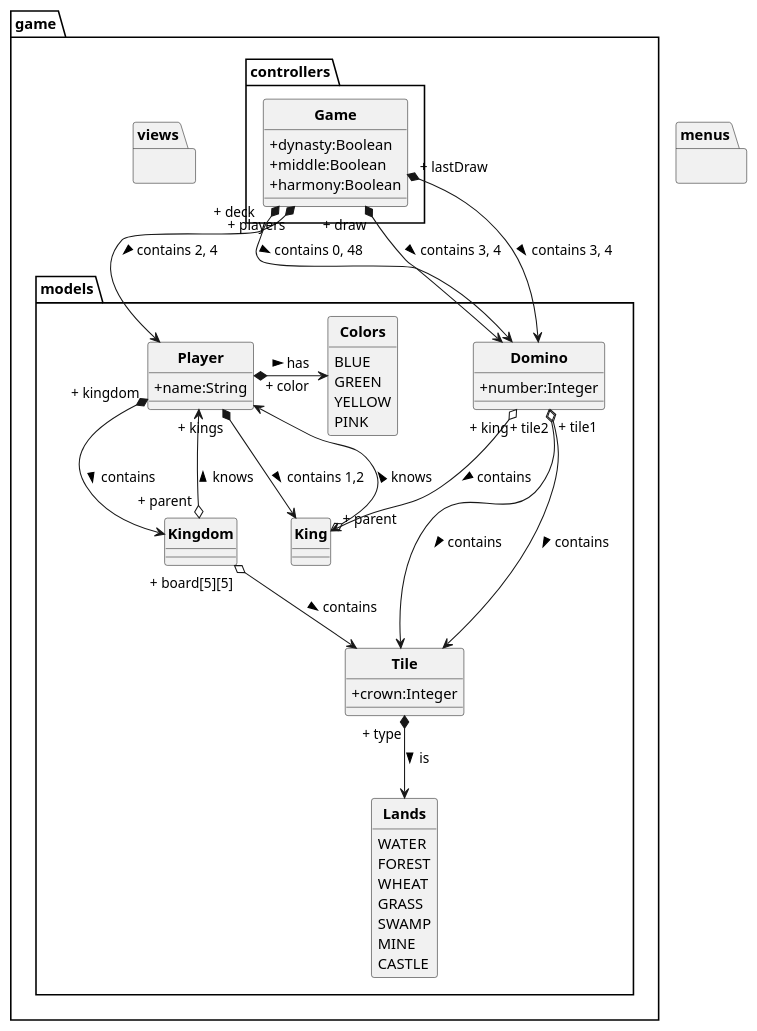
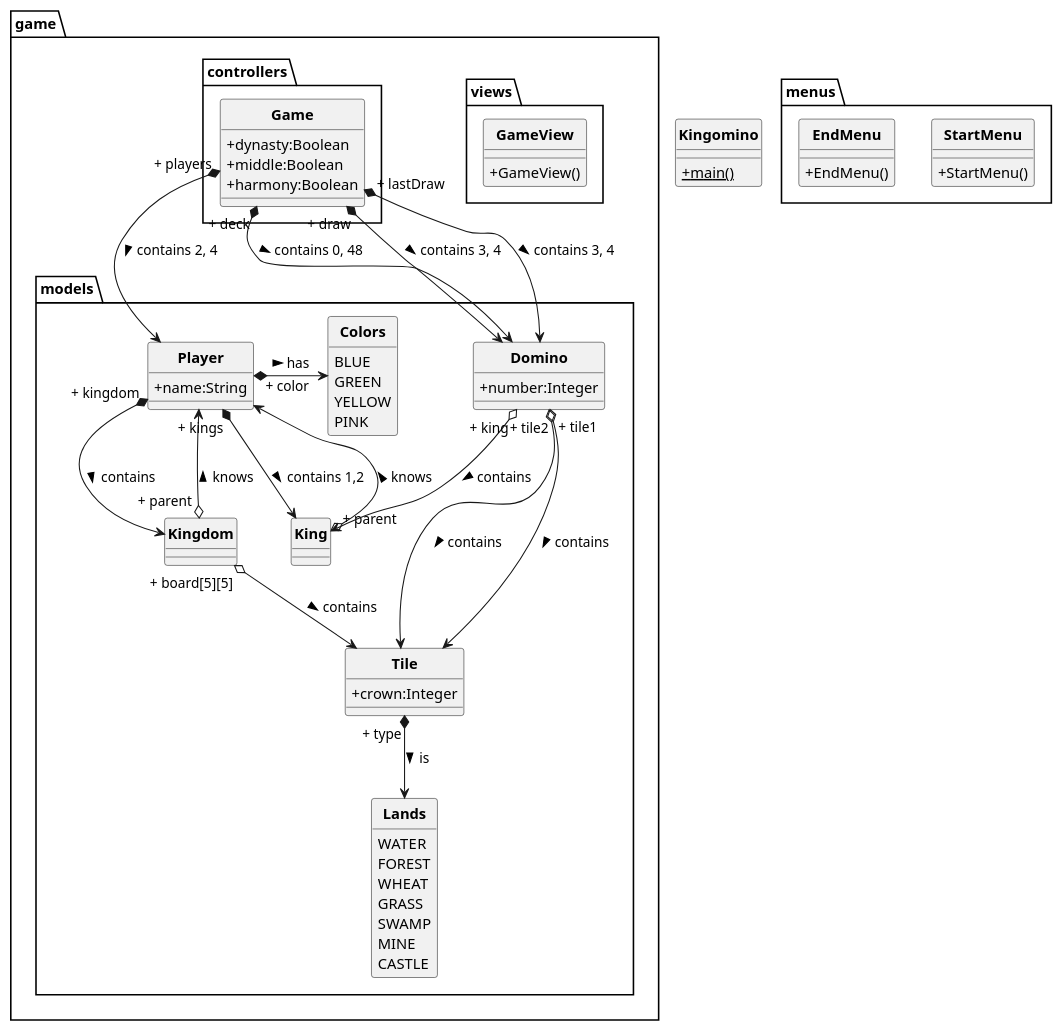
The diagram in rendu1/Kingdomino.puml (FranckG28/KingDomino), drawn with PlantUML before and after one commit.

Commit message:
Added PUML Class Diagram

```diff
--- a/rendu1/Kingdomino.puml
+++ b/rendu1/Kingdomino.puml
@@ -1,94 +1,105 @@
 @startuml
 'https://plantuml.com/class-diagram
 
 skinparam style strictuml
 skinparam classAttributeIconSize 0
 skinparam classFontStyle Bold
 hide enum methods
 
+class Kingomino {
+    + {static}main()
+}
 
 package menus {
+
+       class StartMenu {
+           + StartMenu()
+       }
+
+       class EndMenu {
+           + EndMenu()
+       }
 
 }
 
 package game {
     package views {
-
-
-
+        class GameView {
+            + GameView()
+        }
     }
 
     package controllers {
 
         class Game {
             + dynasty:Boolean
             + middle:Boolean
             + harmony:Boolean
         }
 
     }
 
     package models {
 
         class Player {
             + name:String
         }
 
         class King {
 
         }
 
         class Kingdom {
 
         }
 
         class Domino {
             + number:Integer
         }
 
         class Tile {
             + crown:Integer
         }
 
         enum Lands {
             WATER
             FOREST
             WHEAT
             GRASS
             SWAMP
             MINE
             CASTLE
         }
 
         enum Colors {
             BLUE
             GREEN
             YELLOW
             PINK
         }
 
     }
 
     Game *--> Player : " + players" > contains 2, 4
     Game *--> Domino : " + deck" > contains 0, 48
     Game *--> Domino : " + draw" > contains 3, 4
     Game *--> Domino : " + lastDraw" > contains 3, 4
 
     Player *--> Kingdom : " + kingdom" > contains
     Player *--> King : " + kings" > contains 1,2
     Player *-> Colors : " + color" > has
 
     King o--> Player : " + parent" > knows
 
     Kingdom o--> Player : " + parent" > knows
     Kingdom o--> Tile : " + board[5][5]" > contains
 
     Domino o--> Tile : " + tile1" > contains
     Domino o--> Tile : " + tile2" > contains
     Domino o--> King : " + king" > contains
 
     Tile *--> Lands : " + type" > is
 
 }
 
 @enduml
```
